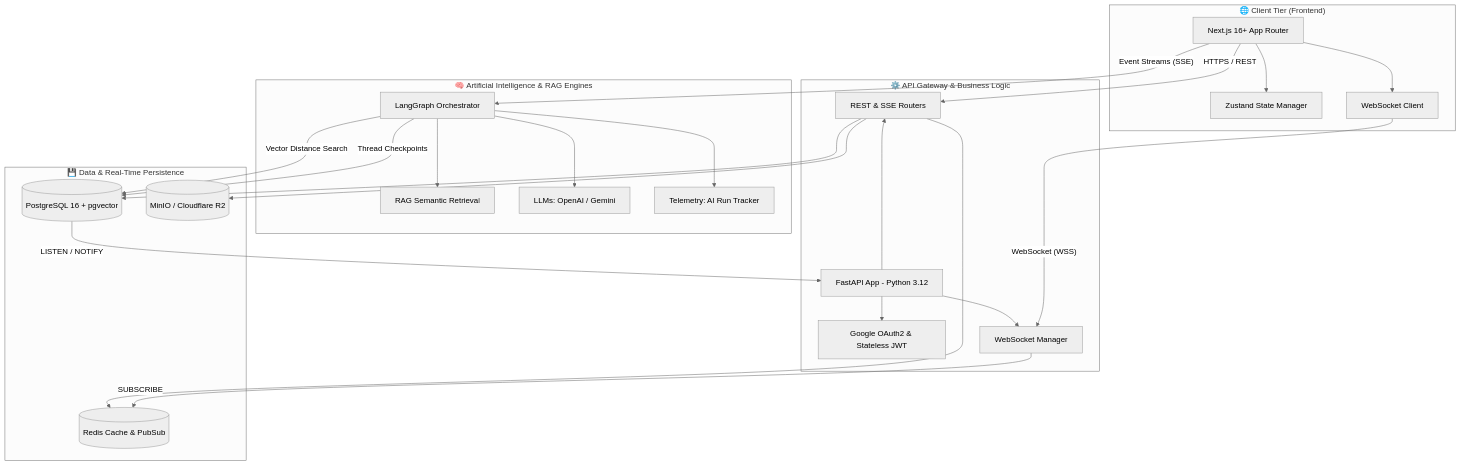
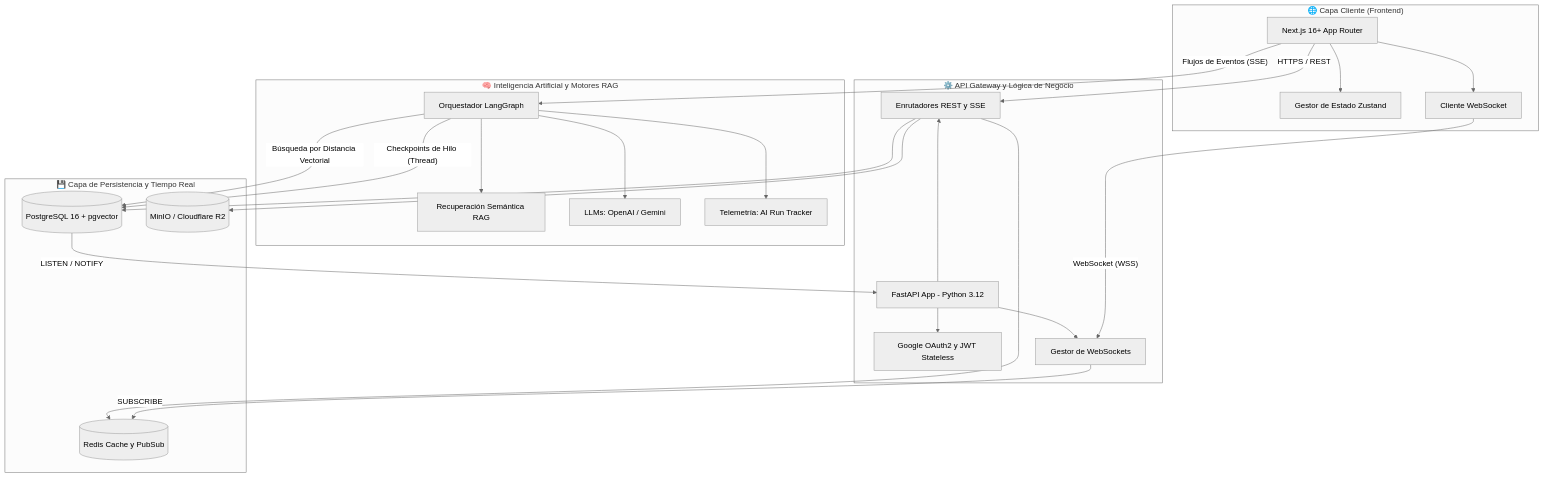
Before and after one commit to ececs/Daw-proyecto-final: the first of 4 diagrams in arquitectura.md, drawn with Mermaid (neutral theme). The commit also changed other lines of this file, not shown here.

Commit message:
docs: translate architecture.md to Spanish and keep English technical terms

````diff
--- a/arquitectura.md
+++ b/arquitectura.md
@@ -11,53 +11,53 @@
 ```mermaid
 graph TB
-    subgraph Client ["🌐 Client Tier (Frontend)"]
+    subgraph Client ["🌐 Capa Cliente (Frontend)"]
         UI[Next.js 16+ App Router]
-        State[Zustand State Manager]
-        WS_Client[WebSocket Client]
+        State[Gestor de Estado Zustand]
+        WS_Client[Cliente WebSocket]
         UI --> State
         UI --> WS_Client
     end
 
-    subgraph Gateway ["⚙️ API Gateway & Business Logic"]
+    subgraph Gateway ["⚙️ API Gateway y Lógica de Negocio"]
         FastAPI[FastAPI App - Python 3.12]
-        Auth[Google OAuth2 & Stateless JWT]
-        Router[REST & SSE Routers]
-        WS_Mgr[WebSocket Manager]
+        Auth[Google OAuth2 y JWT Stateless]
+        Router[Enrutadores REST y SSE]
+        WS_Mgr[Gestor de WebSockets]
         
         FastAPI --> Auth
         FastAPI --> Router
         FastAPI --> WS_Mgr
     end
 
-    subgraph AI ["🧠 Artificial Intelligence & RAG Engines"]
-        LG[LangGraph Orchestrator]
-        RAG[RAG Semantic Retrieval]
+    subgraph AI ["🧠 Inteligencia Artificial y Motores RAG"]
+        LG[Orquestador LangGraph]
+        RAG[Recuperación Semántica RAG]
         LLM[LLMs: OpenAI / Gemini]
-        Metrics[Telemetry: AI Run Tracker]
+        Metrics[Telemetría: AI Run Tracker]
         
         LG --> RAG
         LG --> LLM
         LG --> Metrics
     end
 
-    subgraph Persistence ["💾 Data & Real-Time Persistence"]
+    subgraph Persistence ["💾 Capa de Persistencia y Tiempo Real"]
         DB[(PostgreSQL 16 + pgvector)]
-        Redis[(Redis Cache & PubSub)]
+        Redis[(Redis Cache y PubSub)]
         S3[(MinIO / Cloudflare R2)]
     end
 
-    %% Communications
+    %% Comunicaciones y Protocolos
     UI -- HTTPS / REST --> Router
     WS_Client -- WebSocket (WSS) --> WS_Mgr
-    UI -- Event Streams (SSE) --> LG
+    UI -- Flujos de Eventos (SSE) --> LG
 
     Router --> DB
     Router --> Redis
     Router --> S3
     
-    LG -- Vector Distance Search --> DB
-    LG -- Thread Checkpoints --> DB
+    LG -- Búsqueda por Distancia Vectorial --> DB
+    LG -- Checkpoints de Hilo (Thread) --> DB
     
     WS_Mgr -- SUBSCRIBE --> Redis
     DB -- LISTEN / NOTIFY --> FastAPI
 ```
````
